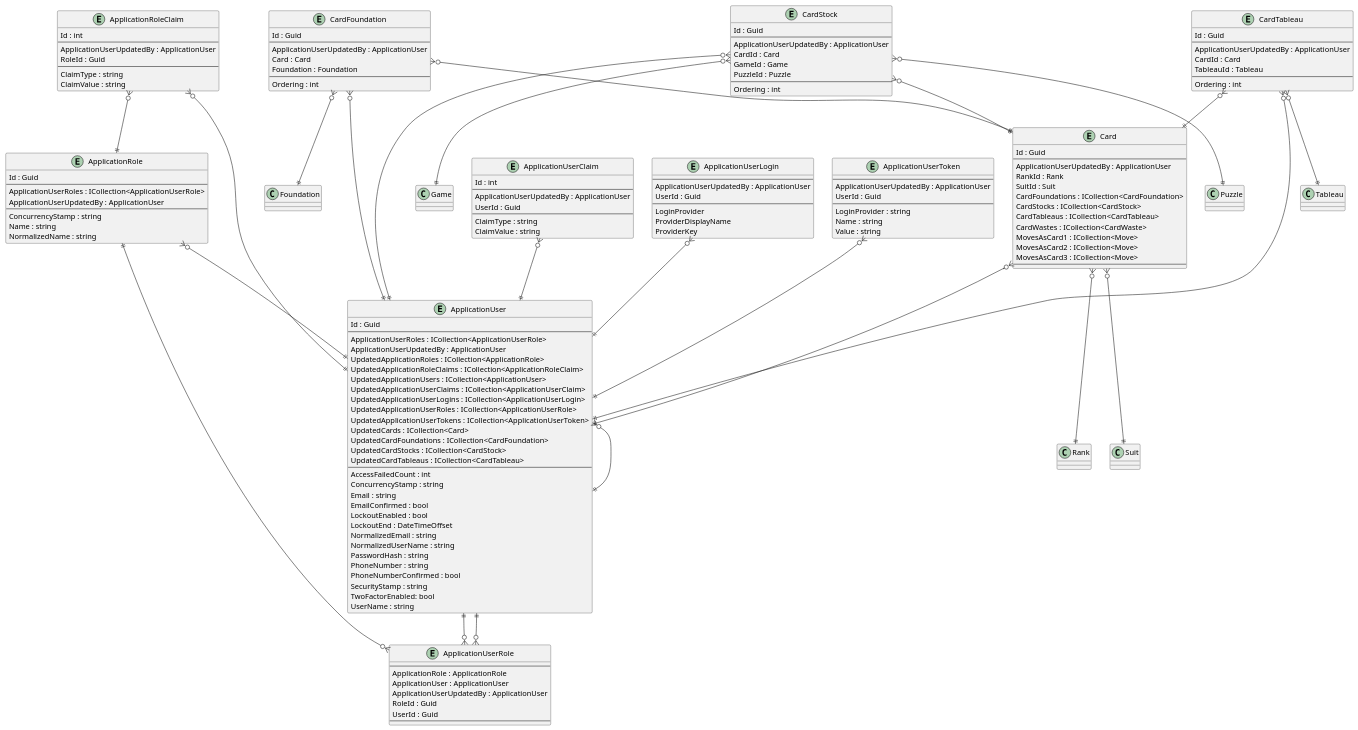
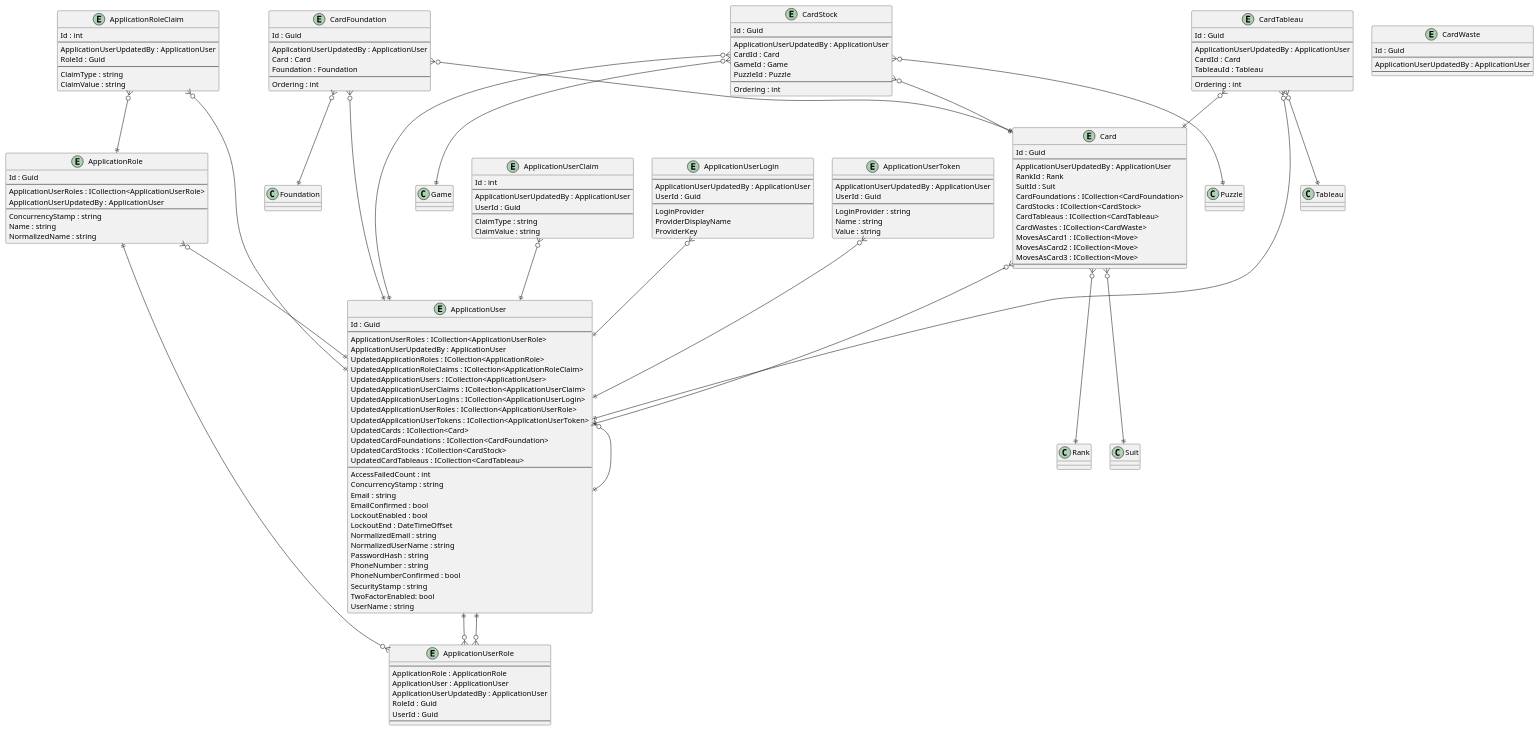
The diagram in .docs/Intrepion.KlondikeSolitaire.pu (intrepion/intrepion_klondike-solitaire_csharp), drawn with PlantUML before and after one commit.

```diff
--- a/.docs/Intrepion.KlondikeSolitaire.pu
+++ b/.docs/Intrepion.KlondikeSolitaire.pu
@@ -1,181 +1,190 @@
 @startuml
 
 entity ApplicationRole {
     Id : Guid
     --
     ApplicationUserRoles : ICollection<ApplicationUserRole>
     ApplicationUserUpdatedBy : ApplicationUser
     --
     ConcurrencyStamp : string
     Name : string
     NormalizedName : string
 }
 
 entity ApplicationRoleClaim {
     Id : int
     --
     ApplicationUserUpdatedBy : ApplicationUser
     RoleId : Guid
     --
     ClaimType : string
     ClaimValue : string
 }
 
 entity ApplicationUser {
     Id : Guid
     --
     ApplicationUserRoles : ICollection<ApplicationUserRole>
     ApplicationUserUpdatedBy : ApplicationUser
     UpdatedApplicationRoles : ICollection<ApplicationRole>
     UpdatedApplicationRoleClaims : ICollection<ApplicationRoleClaim>
     UpdatedApplicationUsers : ICollection<ApplicationUser>
     UpdatedApplicationUserClaims : ICollection<ApplicationUserClaim>
     UpdatedApplicationUserLogins : ICollection<ApplicationUserLogin>
     UpdatedApplicationUserRoles : ICollection<ApplicationUserRole>
     UpdatedApplicationUserTokens : ICollection<ApplicationUserToken>
     UpdatedCards : ICollection<Card>
     UpdatedCardFoundations : ICollection<CardFoundation>
     UpdatedCardStocks : ICollection<CardStock>
     UpdatedCardTableaus : ICollection<CardTableau>
     ' ApplicationUserKeyCodePlaceholder
     --
     AccessFailedCount : int
     ConcurrencyStamp : string
     Email : string
     EmailConfirmed : bool
     LockoutEnabled : bool
     LockoutEnd : DateTimeOffset
     NormalizedEmail : string
     NormalizedUserName : string
     PasswordHash : string
     PhoneNumber : string
     PhoneNumberConfirmed : bool
     SecurityStamp : string
     TwoFactorEnabled: bool
     UserName : string
 }
 
 entity ApplicationUserClaim {
     Id : int
     --
     ApplicationUserUpdatedBy : ApplicationUser
     UserId : Guid
     --
     ClaimType : string
     ClaimValue : string
 }
 
 entity ApplicationUserLogin {
     --
     ApplicationUserUpdatedBy : ApplicationUser
     UserId : Guid
     --
     LoginProvider
     ProviderDisplayName
     ProviderKey
 }
 
 entity ApplicationUserRole {
     --
     ApplicationRole : ApplicationRole
     ApplicationUser : ApplicationUser
     ApplicationUserUpdatedBy : ApplicationUser
     RoleId : Guid
     UserId : Guid
     --
 }
 
 entity ApplicationUserToken {
     --
     ApplicationUserUpdatedBy : ApplicationUser
     UserId : Guid
     --
     LoginProvider : string
     Name : string
     Value : string
 }
 
 entity Card {
     Id : Guid
     --
     ApplicationUserUpdatedBy : ApplicationUser
     RankId : Rank
     SuitId : Suit
     CardFoundations : ICollection<CardFoundation>
     CardStocks : ICollection<CardStock>
     CardTableaus : ICollection<CardTableau>
     CardWastes : ICollection<CardWaste>
     MovesAsCard1 : ICollection<Move>
     MovesAsCard2 : ICollection<Move>
     MovesAsCard3 : ICollection<Move>
     ' CardKeyCodePlaceholder
     --
     ' CardPropertyCodePlaceholder
 }
 
 entity CardFoundation {
     Id : Guid
     --
     ApplicationUserUpdatedBy : ApplicationUser
     Card : Card
     Foundation : Foundation
     ' CardFoundationKeyCodePlaceholder
     --
     Ordering : int
     ' CardFoundationPropertyCodePlaceholder
 }
 
 entity CardStock {
     Id : Guid
     --
     ApplicationUserUpdatedBy : ApplicationUser
     CardId : Card
     GameId : Game
     PuzzleId : Puzzle
     ' CardStockKeyCodePlaceholder
     --
     Ordering : int
     ' CardStockPropertyCodePlaceholder
 }
 
 entity CardTableau {
     Id : Guid
     --
     ApplicationUserUpdatedBy : ApplicationUser
     CardId : Card
     TableauId : Tableau
     ' CardTableauKeyCodePlaceholder
     --
     Ordering : int
     ' CardTableauPropertyCodePlaceholder
 }
 
+entity CardWaste {
+    Id : Guid
+    --
+    ApplicationUserUpdatedBy : ApplicationUser
+    ' CardWasteKeyCodePlaceholder
+    --
+    ' CardWastePropertyCodePlaceholder
+}
+
 ' EntityCodePlaceholder
 
 ApplicationRole ||--o{ ApplicationUserRole
 ApplicationRole }o--|| ApplicationUser
 ApplicationRoleClaim }o--|| ApplicationRole
 ApplicationRoleClaim }o--|| ApplicationUser
 ApplicationUser }o--|| ApplicationUser
 ApplicationUser ||--o{ ApplicationUserRole
 ApplicationUserClaim }o--|| ApplicationUser
 ApplicationUserLogin }o--|| ApplicationUser
 ApplicationUserRole }o--|| ApplicationUser
 ApplicationUserToken }o--|| ApplicationUser
 
 Card }o--|| ApplicationUser
 Card }o--|| Rank
 Card }o--|| Suit
 CardFoundation }o--|| ApplicationUser
 CardFoundation }o--|| Card
 CardFoundation }o--|| Foundation
 CardStock }o--|| ApplicationUser
 CardStock }o--|| Card
 CardStock }o--|| Game
 CardStock }o--|| Puzzle
 CardTableau }o--|| ApplicationUser
 CardTableau }o--|| Card
 CardTableau }o--|| Tableau
 ' RelationshipCodePlaceholder
 
 @enduml
```
